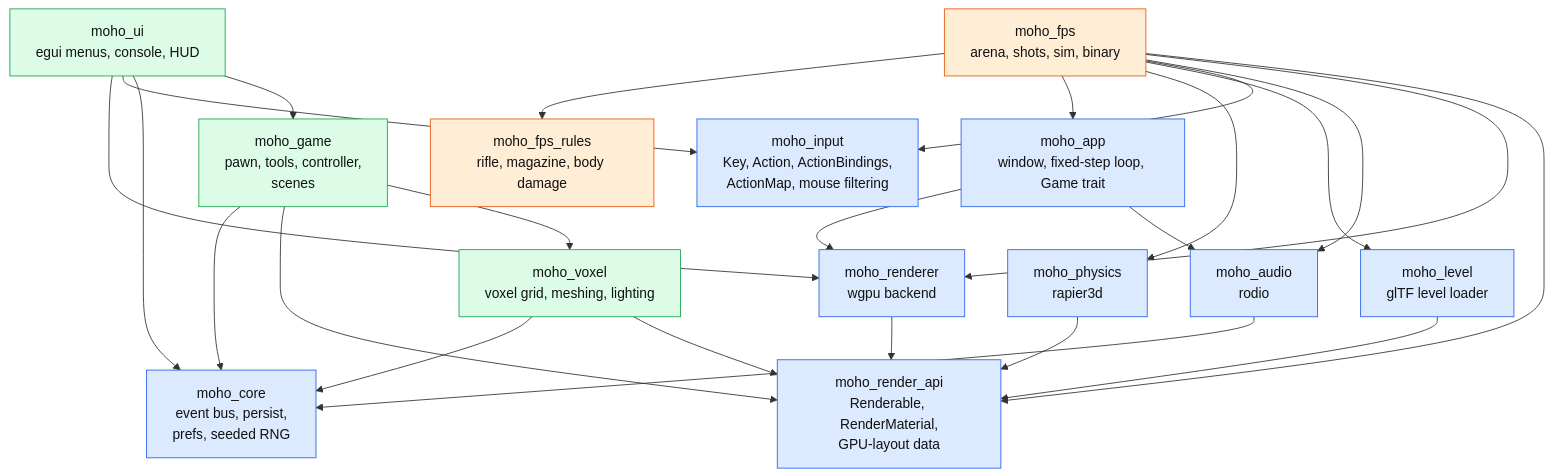
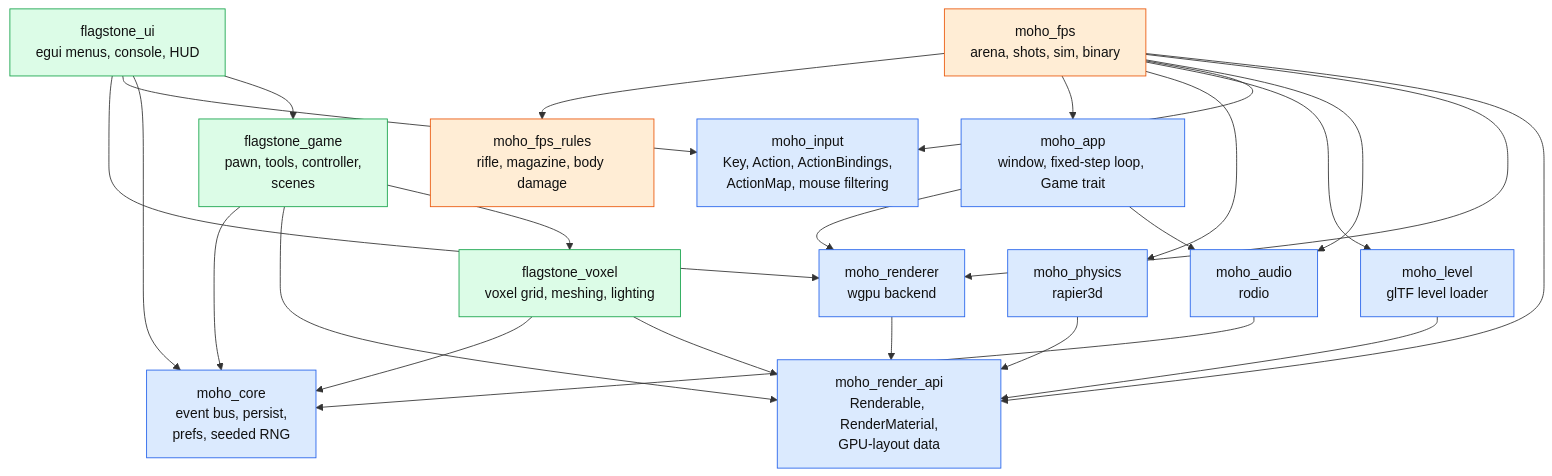
One commit to WrackedFella/moho changed the first of 3 diagrams in wiki/architecture/overview.md. Above: the diagram before and after it, drawn with Mermaid. The commit also changed other lines of this file and 228 other files, not shown here.

First line of the commit message:
feat(flagstone): the strategy line builds and runs as flagstone (ENG-F27-02) (#381)

````diff
--- a/wiki/architecture/overview.md
+++ b/wiki/architecture/overview.md
@@ -17,31 +17,31 @@
 ```mermaid
 flowchart TD
-    ui["moho_ui<br/>egui menus, console, HUD"]:::strategy
-    game["moho_game<br/>pawn, tools, controller,<br/>scenes"]:::strategy
-    voxel["moho_voxel<br/>voxel grid, meshing, lighting"]:::strategy
+    ui["flagstone_ui<br/>egui menus, console, HUD"]:::strategy
+    game["flagstone_game<br/>pawn, tools, controller,<br/>scenes"]:::strategy
+    voxel["flagstone_voxel<br/>voxel grid, meshing, lighting"]:::strategy
 
     renderer["moho_renderer<br/>wgpu backend"]:::engine
     rapi["moho_render_api<br/>Renderable, RenderMaterial,<br/>GPU-layout data"]:::engine
     core["moho_core<br/>event bus, persist,<br/>prefs, seeded RNG"]:::engine
     audio["moho_audio<br/>rodio"]:::engine
     physics["moho_physics<br/>rapier3d"]:::engine
     input["moho_input<br/>Key, Action, ActionBindings,<br/>ActionMap, mouse filtering"]:::engine
     app["moho_app<br/>window, fixed-step loop, Game trait"]:::engine
     level["moho_level<br/>glTF level loader"]:::engine
     fps["moho_fps_rules<br/>rifle, magazine, body damage"]:::fps
     fpsgame["moho_fps<br/>arena, shots, sim, binary"]:::fps
 
     ui --> renderer & input & core & game
     game --> core & rapi & voxel
     voxel --> core & rapi
     renderer --> rapi
     app --> renderer & audio
     audio --> core
     physics --> rapi
     level --> rapi
     fpsgame --> fps & app & physics & level & input & audio & renderer & rapi
 
     classDef engine fill:#dbeafe,stroke:#2563eb,color:#111
     classDef strategy fill:#dcfce7,stroke:#16a34a,color:#111
     classDef fps fill:#ffedd5,stroke:#ea580c,color:#111
 ```
````
